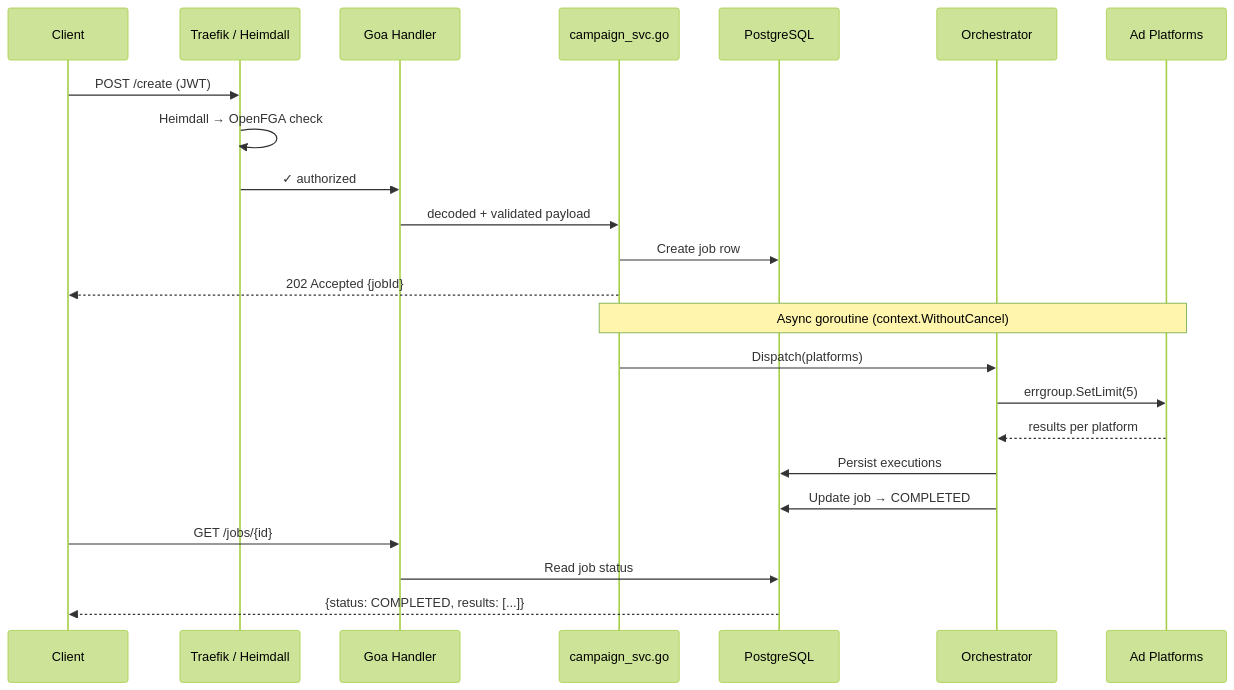
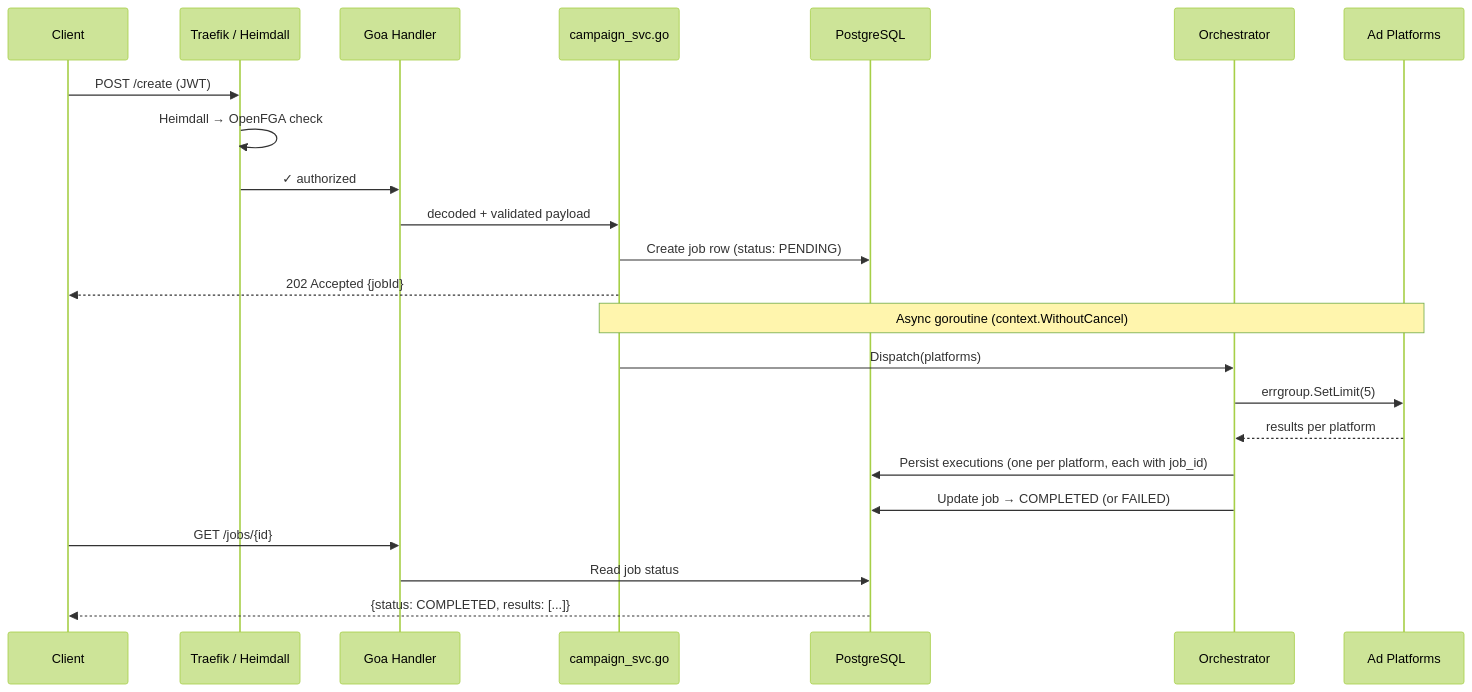
One commit to linuxfoundation/lfx-v2-campaign-service changed the fifth of 6 diagrams in docs/build-summary.md. Above: the diagram before and after it, drawn with Mermaid (forest theme). The commit also changed other lines of this file and 2 other files, not shown here.

First line of the commit message:
docs: fix middleware order and clarify job lifecycle

````diff
--- a/docs/build-summary.md
+++ b/docs/build-summary.md
@@ -301,29 +301,29 @@
 ```mermaid
 sequenceDiagram
     participant C as Client
     participant T as Traefik / Heimdall
     participant G as Goa Handler
     participant S as campaign_svc.go
     participant PG as PostgreSQL
     participant O as Orchestrator
     participant P as Ad Platforms
 
     C->>T: POST /create (JWT)
     T->>T: Heimdall → OpenFGA check
     T->>G: ✓ authorized
     G->>S: decoded + validated payload
-    S->>PG: Create job row
+    S->>PG: Create job row (status: PENDING)
     S-->>C: 202 Accepted {jobId}
 
     Note over S,P: Async goroutine (context.WithoutCancel)
 
     S->>O: Dispatch(platforms)
     O->>P: errgroup.SetLimit(5)
     P-->>O: results per platform
-    O->>PG: Persist executions
-    O->>PG: Update job → COMPLETED
+    O->>PG: Persist executions (one per platform, each with job_id)
+    O->>PG: Update job → COMPLETED (or FAILED)
 
     C->>G: GET /jobs/{id}
     G->>PG: Read job status
     PG-->>C: {status: COMPLETED, results: [...]}
 ```
````
